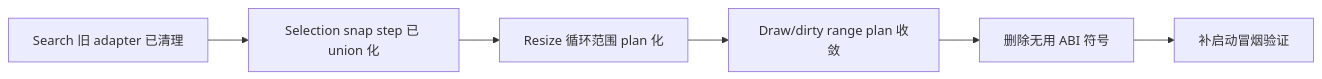
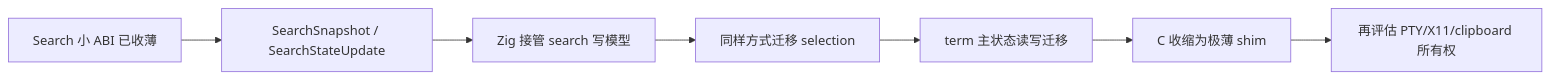
Before and after one commit to zdzDesigner/st: the ninth of 9 diagrams in docs/architecture-flow.md, drawn with Mermaid. The commit also changed other lines of this file and 8 other files, not shown here.

````diff
--- a/docs/architecture-flow.md
+++ b/docs/architecture-flow.md
@@ -199,8 +205,9 @@
 ```mermaid
 flowchart LR
-    A[Search 旧 adapter 已清理] --> C[Selection snap step 已 union 化]
-    C --> D[Resize 循环范围 plan 化]
-    D --> E[Draw/dirty range plan 收敛]
-    E --> F[删除无用 ABI 符号]
-    F --> G[补启动冒烟验证]
+    A[Search 小 ABI 已收薄] --> B[SearchSnapshot / SearchStateUpdate]
+    B --> C[Zig 接管 search 写模型]
+    C --> D[同样方式迁移 selection]
+    D --> E[term 主状态读写迁移]
+    E --> F[C 收缩为极薄 shim]
+    F --> G[再评估 PTY/X11/clipboard 所有权]
 ```
````
